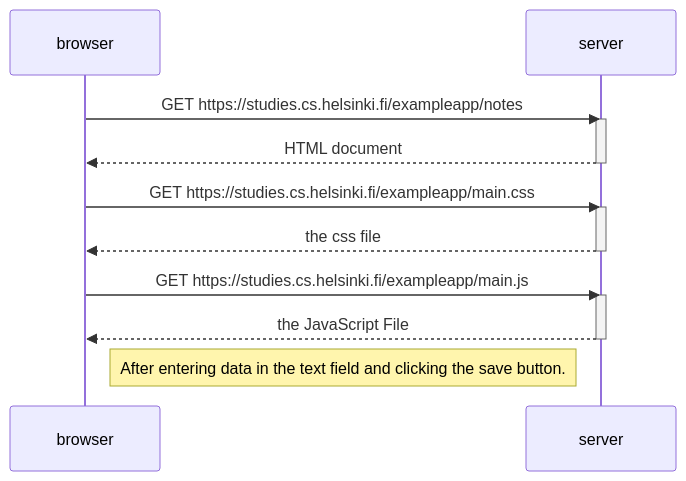
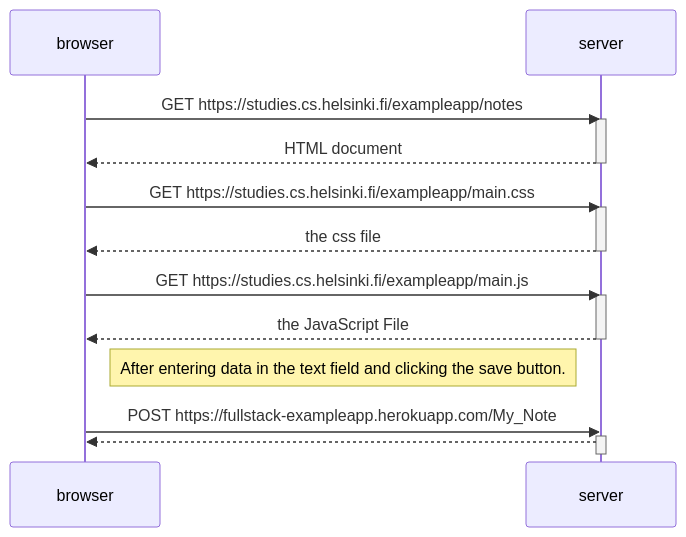
One commit to RachitReserk/Fullstack changed the diagram in part0/exercise 0.4.md. Above: the diagram before and after it, drawn with Mermaid.

Commit message:
Update exercise 0.4.md

````diff
--- a/part0/exercise 0.4.md
+++ b/part0/exercise 0.4.md
@@ -1,24 +1,30 @@
 ```mermaid
 
 sequenceDiagram
     participant browser
     participant server
 
 browser->>server: GET https://studies.cs.helsinki.fi/exampleapp/notes
 activate server
 server-->>browser: HTML document
 deactivate server
 
 browser->>server: GET https://studies.cs.helsinki.fi/exampleapp/main.css
 activate server
 server-->>browser: the css file
 deactivate server
 
 browser ->>server: GET https://studies.cs.helsinki.fi/exampleapp/main.js
 activate server
 server -->>browser: the JavaScript File
 deactivate server
 
 Note right of browser: After entering data in the text field and clicking the save button.
 
+
+browser ->>server : POST https://fullstack-exampleapp.herokuapp.com/My_Note
+activate server
+server-->>browser:
+deactivate server
+
 ```
````
